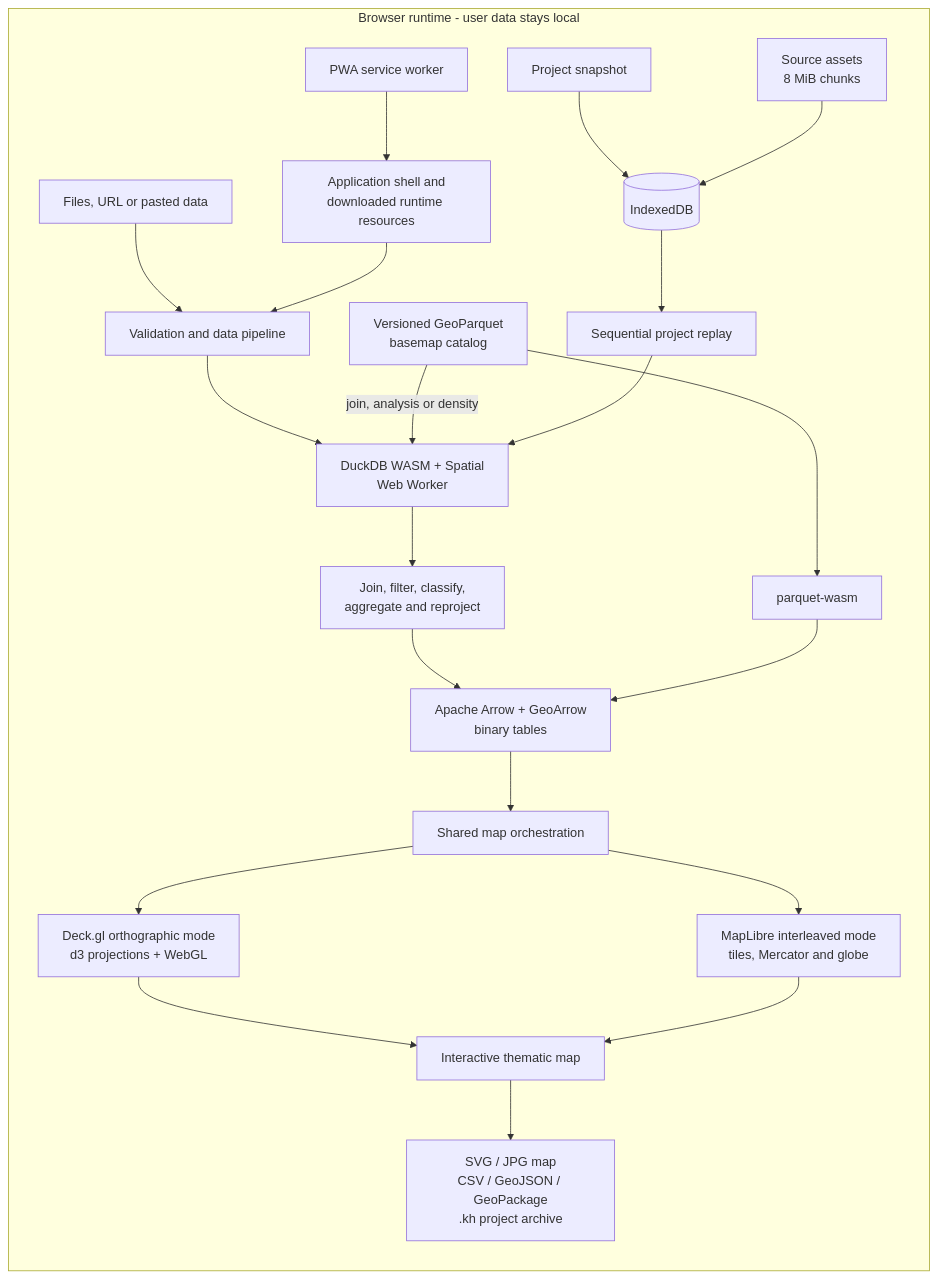
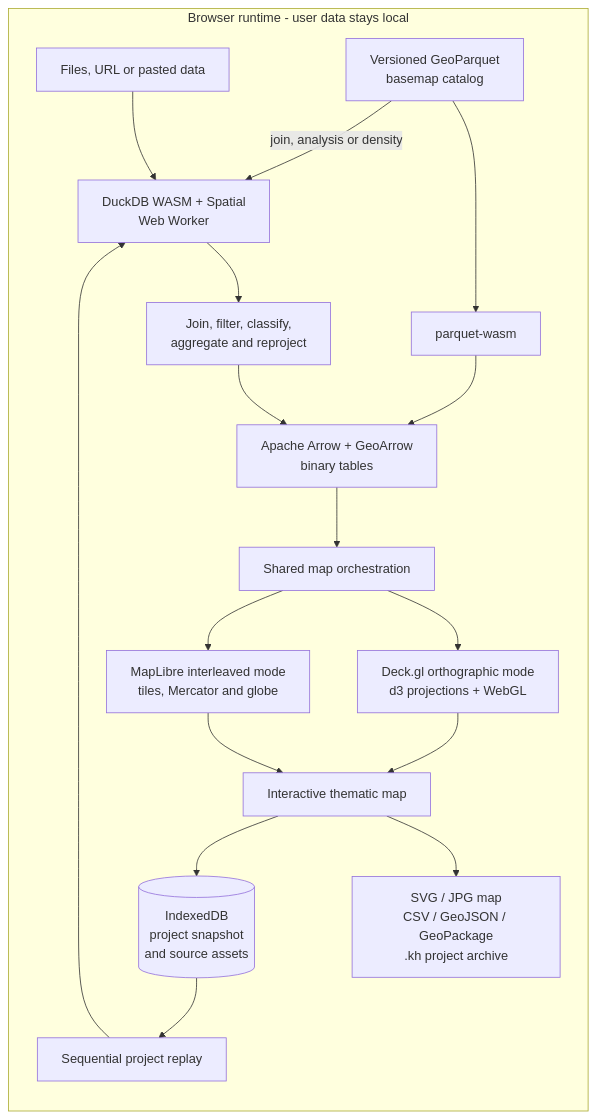
The diagram in README.md (AtelierCartographie/khartis-v3), drawn with Mermaid before and after one commit. The commit also changed other lines of this file and 5 other files, not shown here.

````diff
--- a/README.md
+++ b/README.md
@@ -126,41 +122,29 @@
 ```mermaid
 flowchart LR
   subgraph Browser["Browser runtime - user data stays local"]
     Inputs["Files, URL or pasted data"]
-    Pipeline["Validation and data pipeline"]
     Duck["DuckDB WASM + Spatial<br/>Web Worker"]
     Ops["Join, filter, classify,<br/>aggregate and reproject"]
     Arrow["Apache Arrow + GeoArrow<br/>binary tables"]
     Render["Shared map orchestration"]
     Deck["Deck.gl orthographic mode<br/>d3 projections + WebGL"]
     MapLibre["MapLibre interleaved mode<br/>tiles, Mercator and globe"]
     Canvas["Interactive thematic map"]
 
     Catalog["Versioned GeoParquet<br/>basemap catalog"]
     Parquet["parquet-wasm"]
 
-    State["Project snapshot"]
-    Assets["Source assets<br/>8 MiB chunks"]
-    IDB[("IndexedDB")]
+    IDB[("IndexedDB<br/>project snapshot<br/>and source assets")]
     Replay["Sequential project replay"]
-
-    SW["PWA service worker"]
-    Cache["Application shell and<br/>downloaded runtime resources"]
 
     Export["SVG / JPG map<br/>CSV / GeoJSON / GeoPackage<br/>.kh project archive"]
   end
 
-  Inputs --> Pipeline --> Duck --> Ops --> Arrow --> Render
+  Inputs --> Duck --> Ops --> Arrow --> Render
   Catalog --> Parquet --> Arrow
   Catalog -->|join, analysis or density| Duck
   Render --> Deck --> Canvas
   Render --> MapLibre --> Canvas
   Canvas --> Export
-
-  State --> IDB
-  Assets --> IDB
-  IDB --> Replay --> Duck
-
-  SW --> Cache
-  Cache --> Pipeline
+  Canvas --> IDB --> Replay --> Duck
 ```
````
